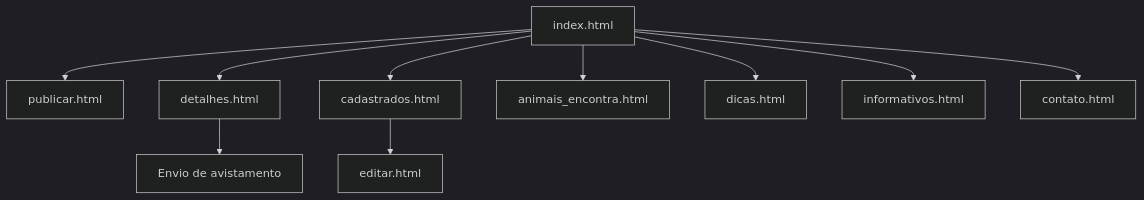
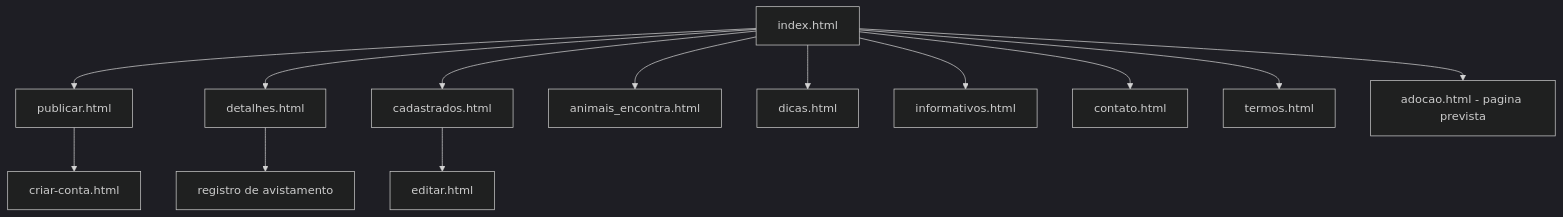
Before and after one commit to Reminsonrps/PetConecta: the tenth of 11 diagrams in docs/modelagem-site.md, drawn with Mermaid (dark theme). The commit also changed other lines of this file and 163 other files, not shown here.

````diff
--- a/docs/modelagem-site.md
+++ b/docs/modelagem-site.md
@@ -87,13 +419,16 @@
 ```mermaid
 flowchart TD
-    INI[index.html] --> PUB[publicar.html]
-    INI --> DET[detalhes.html]
-    INI --> CAD[cadastrados.html]
-    INI --> ENC[animais_encontra.html]
-    INI --> DIC[dicas.html]
-    INI --> INF[informativos.html]
-    INI --> CON[contato.html]
-
-    DET --> AV[Envio de avistamento]
-    CAD --> EDI[editar.html]
+    HOME[index.html]
+    HOME --> PUBLICAR[publicar.html]
+    HOME --> DETALHES[detalhes.html]
+    HOME --> CADASTRADOS[cadastrados.html]
+    HOME --> ENCONTRADOS[animais_encontra.html]
+    HOME --> DICAS[dicas.html]
+    HOME --> INFORMATIVOS[informativos.html]
+    HOME --> CONTATO[contato.html]
+    HOME --> TERMOS[termos.html]
+    PUBLICAR --> LOGIN[criar-conta.html]
+    CADASTRADOS --> EDITAR[editar.html]
+    DETALHES --> AVISTAMENTO[registro de avistamento]
+    HOME --> ADOCAO[adocao.html - pagina prevista]
 ```
````
